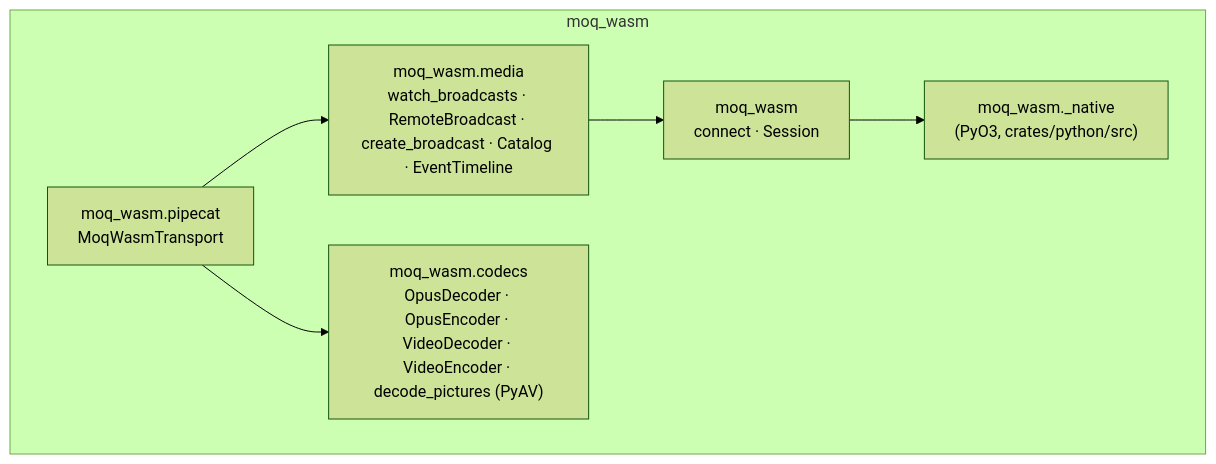
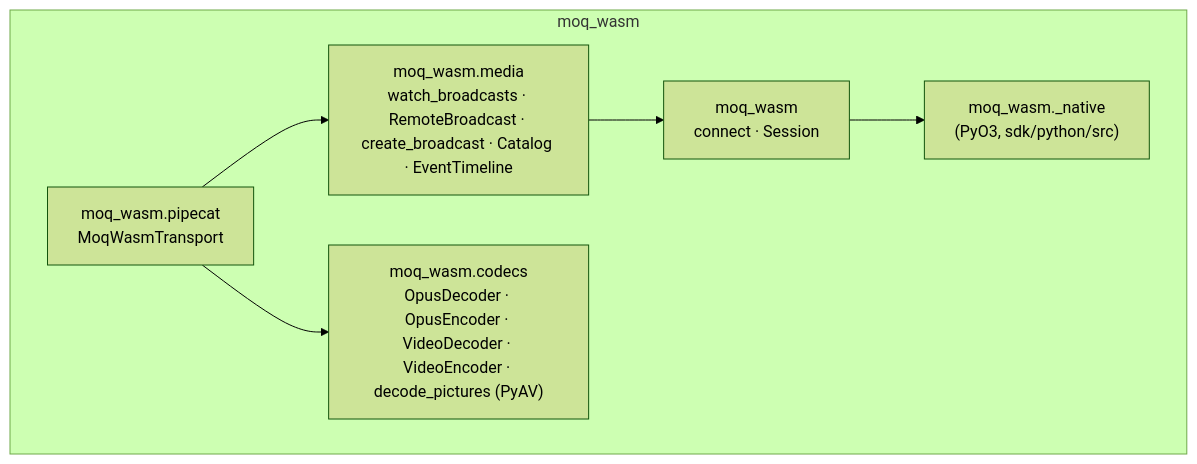
Before and after one commit to nttcom/moq-wasm: the diagram in docs/architecture/python/sdk.md, drawn with Mermaid (forest theme). The commit also changed other lines of this file and 314 other files, not shown here.

First line of the commit message:
refactor: move the browser and Python SDKs under sdk/ (#1843)

````diff
--- a/docs/architecture/python/sdk.md
+++ b/docs/architecture/python/sdk.md
@@ -90,12 +90,12 @@
 ```mermaid
 flowchart TB
     subgraph moq_wasm
         pipecat["moq_wasm.pipecat<br/>MoqWasmTransport"]
         codecs["moq_wasm.codecs<br/>OpusDecoder · OpusEncoder · VideoDecoder · VideoEncoder · decode_pictures (PyAV)"]
         media["moq_wasm.media<br/>watch_broadcasts · RemoteBroadcast · create_broadcast · Catalog · EventTimeline"]
         core["moq_wasm<br/>connect · Session"]
-        native["moq_wasm._native<br/>(PyO3, crates/python/src)"]
+        native["moq_wasm._native<br/>(PyO3, sdk/python/src)"]
     end
     pipecat --> media --> core --> native
     pipecat --> codecs
 ```
````
